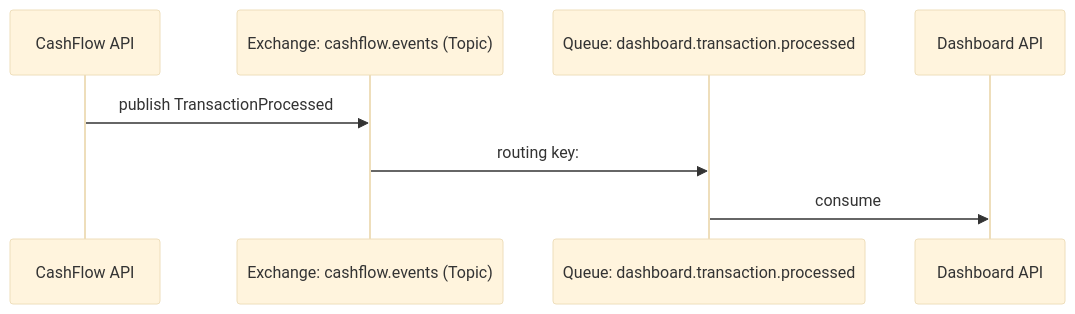
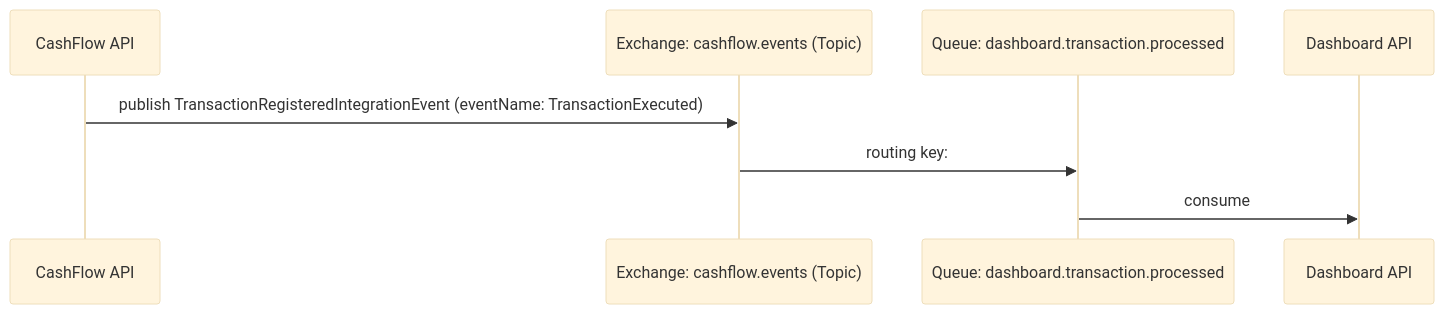
One commit to filipececcon/arch-challenge changed the diagram in docs/decisions/ADR-003-comunicacao-assincrona-rabbitmq.md. Above: the diagram before and after it, drawn with Mermaid (base theme). The commit also changed other lines of this file and 38 other files, not shown here.

First line of the commit message:
Refactor Cashflow architecture docs for account aggregate and unified outbox

````diff
--- a/docs/decisions/ADR-003-comunicacao-assincrona-rabbitmq.md
+++ b/docs/decisions/ADR-003-comunicacao-assincrona-rabbitmq.md
@@ -31,11 +31,11 @@
 ```mermaid
 sequenceDiagram
     participant C as CashFlow API
     participant E as Exchange: cashflow.events (Topic)
     participant Q as Queue: dashboard.transaction.processed
     participant D as Dashboard API
 
-    C->>E: publish TransactionProcessed
+    C->>E: publish TransactionRegisteredIntegrationEvent (eventName: TransactionExecuted)
     E->>Q: routing key: # (wildcard)
     Q->>D: consume
 ```
````
